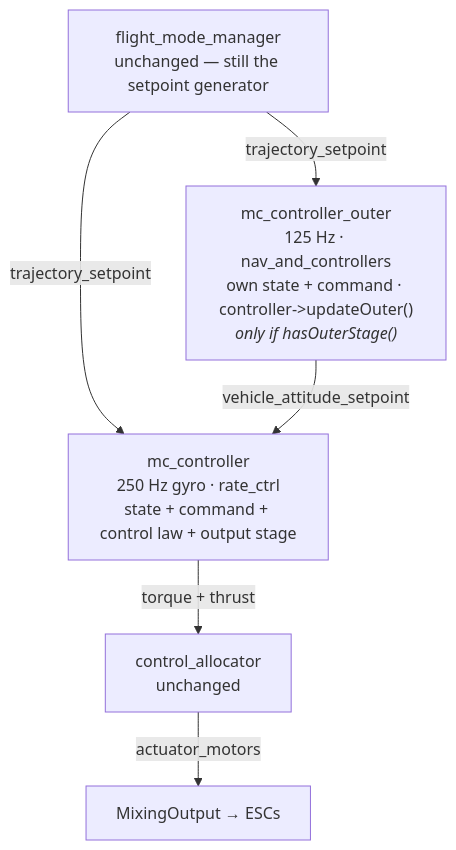
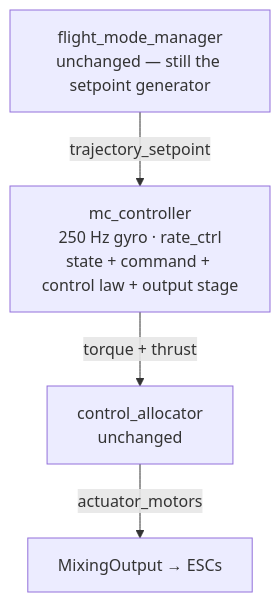
The second of 5 diagrams in src/modules/mc_controller/CHANGE_MAP.md (pyromania99/PX4-Autopilot), drawn with Mermaid before and after one commit. The commit also changed other lines of this file and 38 other files, not shown here.

First line of the commit message:
mc_controller: shared trajectory stage, and spin-lag compensation

````diff
--- a/src/modules/mc_controller/CHANGE_MAP.md
+++ b/src/modules/mc_controller/CHANGE_MAP.md
@@ -44,13 +44,10 @@
 ```mermaid
 flowchart TB
     FMM2["flight_mode_manager<br/>unchanged — still the setpoint generator"]
-    OUTER["mc_controller_outer<br/>125 Hz · nav_and_controllers<br/>own state + command · controller-&gt;updateOuter()<br/><i>only if hasOuterStage()</i>"]
     MC["mc_controller<br/>250 Hz gyro · rate_ctrl<br/>state + command + control law + output stage"]
     CA2["control_allocator<br/>unchanged"]
     MIX2["MixingOutput → ESCs"]
-    FMM2 -->|trajectory_setpoint| OUTER
     FMM2 -->|trajectory_setpoint| MC
-    OUTER -->|vehicle_attitude_setpoint| MC
     MC -->|torque + thrust| CA2
     CA2 -->|actuator_motors| MIX2
 ```
````
